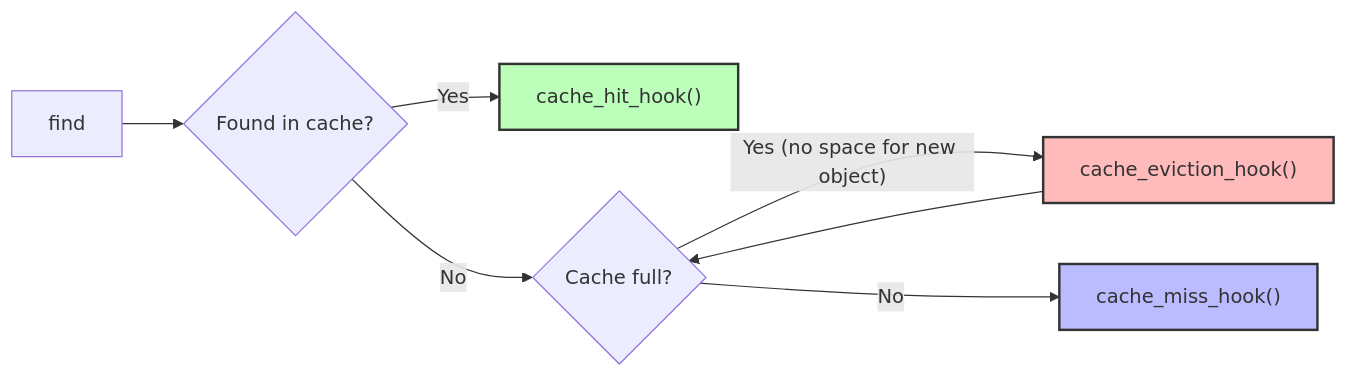
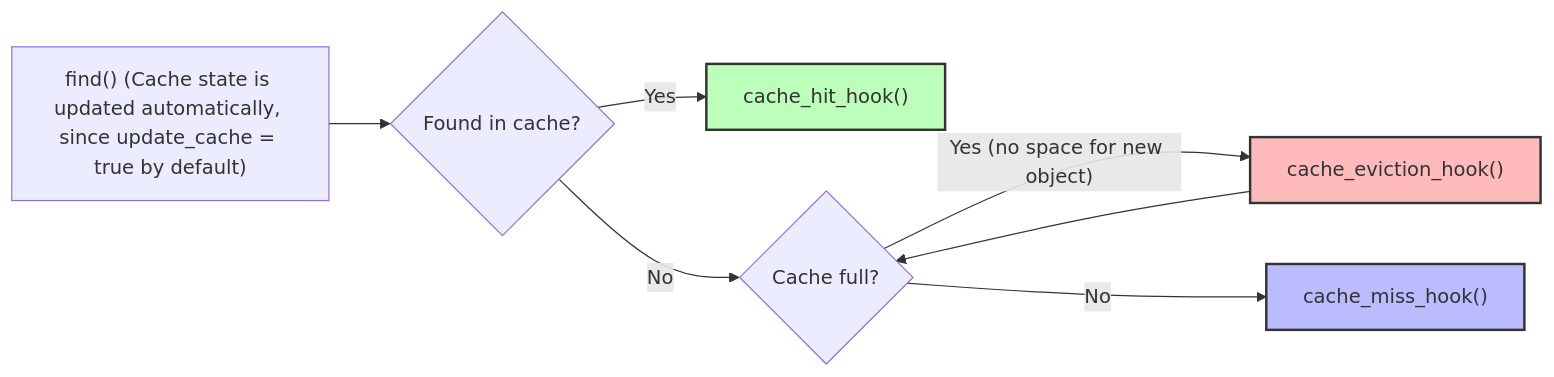
One commit to 1a1a11a/libCacheSim changed the second of 2 diagrams in doc/quickstart_plugin.md. Above: the diagram before and after it, drawn with Mermaid. The commit also changed other lines of this file, not shown here.

````diff
--- a/doc/quickstart_plugin.md
+++ b/doc/quickstart_plugin.md
@@ -310,13 +305,13 @@
   ```mermaid
   graph LR
-      C[find] --> D{Found in cache?}
+      C["find() (Cache state is updated automatically, since update_cache = true by default)"] --> D{Found in cache?}
       D -->|Yes| E["cache_hit_hook()"]
       D -->|No| F{"Cache full?"}
       F -->|"Yes (no space for new object)"| G["cache_eviction_hook()"]
       F -->|No| H["cache_miss_hook()"]
       G --> F
 
       style E fill:#bfb,stroke:#333,stroke-width:2px
       style G fill:#fbb,stroke:#333,stroke-width:2px
       style H fill:#bbf,stroke:#333,stroke-width:2px
   ```
````
